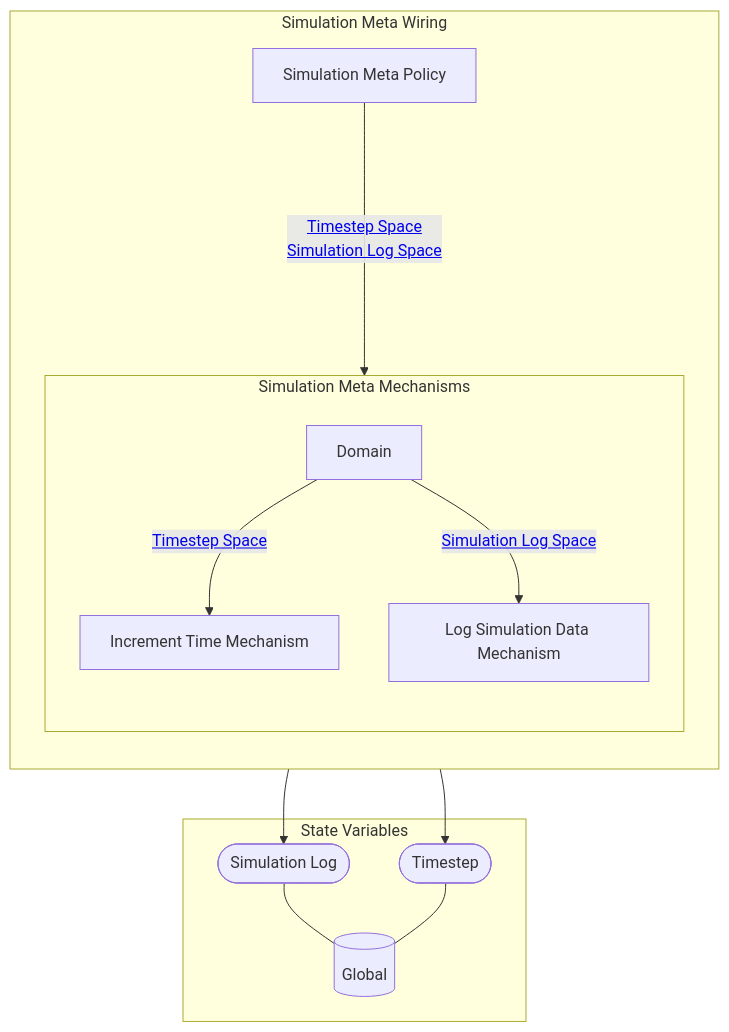
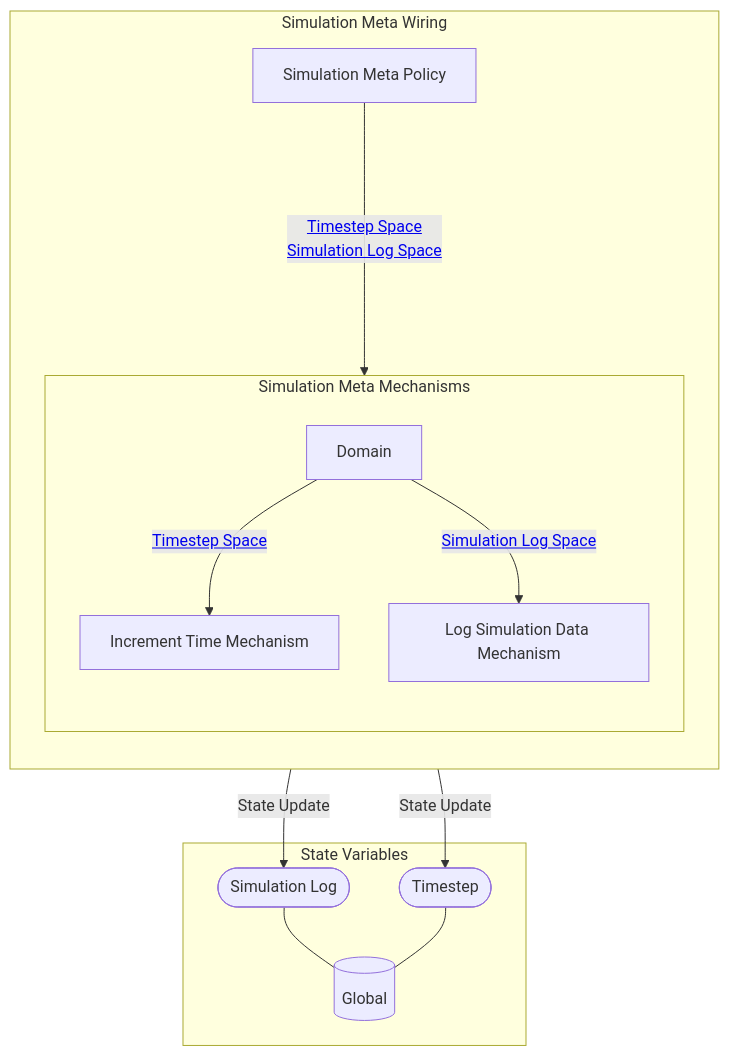
The second of 2 diagrams in reports/obsidian/Wiring/Simulation Meta Wiring.md (BlockScience/Predator-Prey-MSML), drawn with Mermaid before and after one commit. The commit also changed other lines of this file and 35 other files, not shown here.

````diff
--- a/reports/obsidian/Wiring/Simulation Meta Wiring.md
+++ b/reports/obsidian/Wiring/Simulation Meta Wiring.md
@@ -32,37 +32,37 @@
 ```mermaid
 graph TB
 
 subgraph SVS["State Variables"]
 EE0[("Global")]
 EES0(["Simulation Log"])
 EES0 --- EE0
 EES1(["Timestep"])
 EES1 --- EE0
 end
 
 subgraph X7["Simulation Meta Wiring"]
 direction TB
 X1["Simulation Meta Policy"]
 subgraph X6["Simulation Meta Mechanisms"]
 direction TB
 X2["Increment Time Mechanism"]
-X2 --> EES1
+X2 --"State Update"--> EES1
 X3["Log Simulation Data Mechanism"]
-X3 --> EES0
+X3 --"State Update"--> EES0
 X4[Domain]
 
 direction LR
 direction TB
 X4 --"<a href='Timestep Space' class=internal-link>Timestep Space</a>"--> X2
 X4 --"<a href='Simulation Log Space' class=internal-link>Simulation Log Space</a>"--> X3
 end
 X1--"<a href='Timestep Space' class=internal-link>Timestep Space</a>
 <a href='Simulation Log Space' class=internal-link>Simulation Log Space</a>"---->X6
 end
 class X1 internal-link;
 class X2 internal-link;
 class X3 internal-link;
 class X5 internal-link;
 class EE0 internal-link;
 
 ```
````
